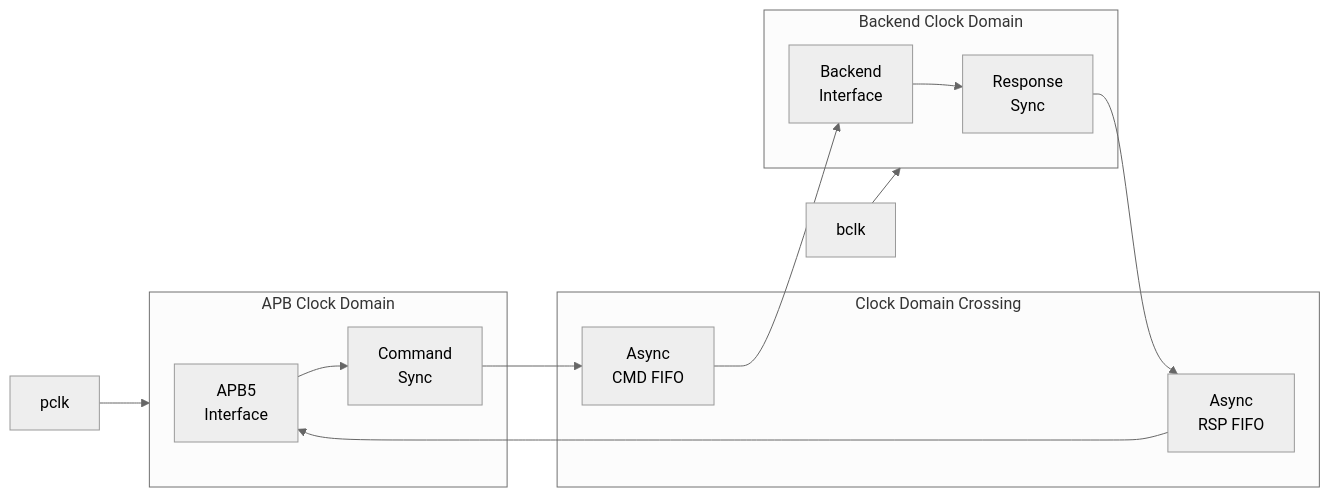
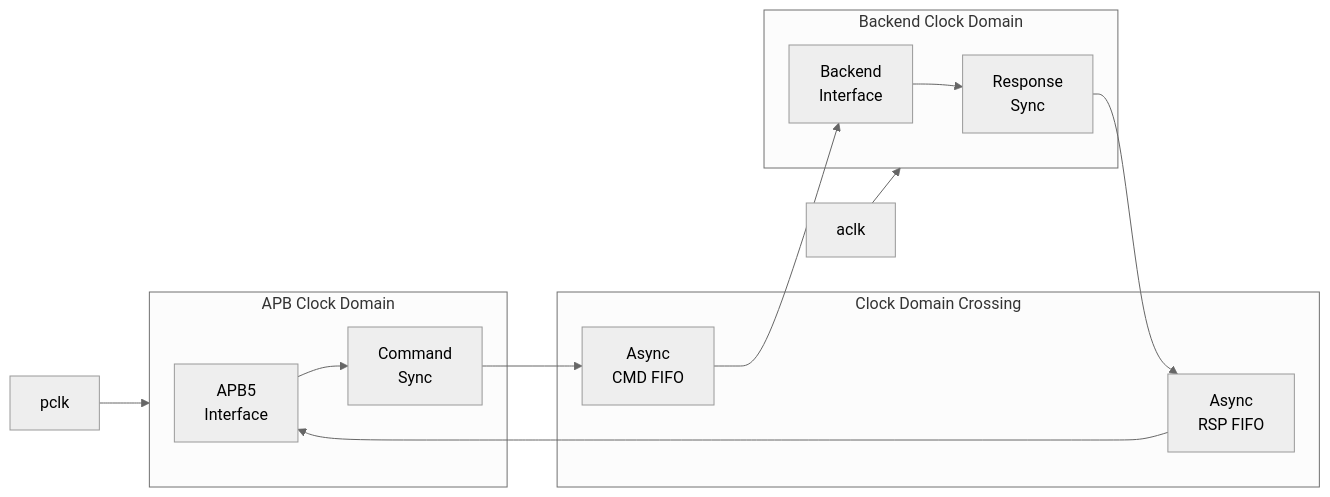
The first of 2 diagrams in docs/markdown/RTLAmba/apb5/apb5_slave_cdc.md (sean-galloway/RTLDesignSherpa), drawn with Mermaid (neutral theme) before and after one commit. The commit also changed other lines of this file and 446 other files, not shown here.

````diff
--- a/docs/markdown/RTLAmba/apb5/apb5_slave_cdc.md
+++ b/docs/markdown/RTLAmba/apb5/apb5_slave_cdc.md
@@ -49,28 +49,28 @@
 ```mermaid
 flowchart LR
     subgraph APB_CLK["APB Clock Domain"]
         apb_if["APB5<br/>Interface"]
         cmd_sync["Command<br/>Sync"]
     end
 
     subgraph CDC["Clock Domain Crossing"]
         cmd_fifo["Async<br/>CMD FIFO"]
         rsp_fifo["Async<br/>RSP FIFO"]
     end
 
     subgraph BACKEND_CLK["Backend Clock Domain"]
         rsp_sync["Response<br/>Sync"]
         backend["Backend<br/>Interface"]
     end
 
     apb_if --> cmd_sync
     cmd_sync --> cmd_fifo
     cmd_fifo --> backend
 
     backend --> rsp_sync
     rsp_sync --> rsp_fifo
     rsp_fifo --> apb_if
 
     pclk["pclk"] --> APB_CLK
-    bclk["bclk"] --> BACKEND_CLK
+    aclk["aclk"] --> BACKEND_CLK
 ```
````
